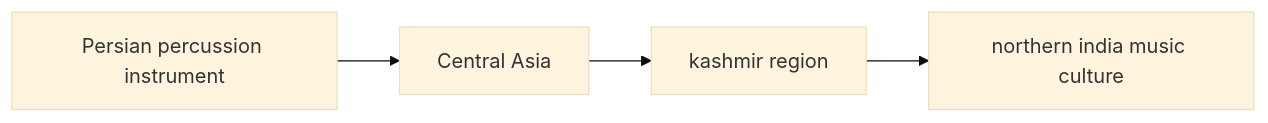
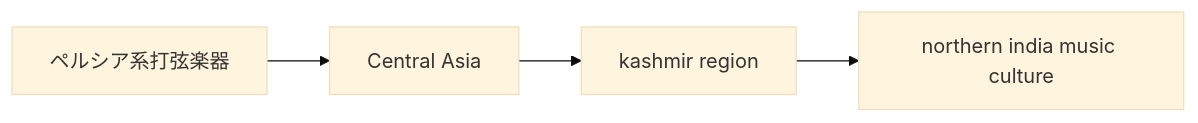
Before and after one commit to monumental-movement/monumental-movement.github.io: the first of 2 diagrams in en/_posts/2026-02-06-column-indian-classical-santoor.md, drawn with Mermaid (base theme). The commit also changed other lines of this file and 445 other files, not shown here.

```diff
--- a/en/_posts/2026-02-06-column-indian-classical-santoor.md
+++ b/en/_posts/2026-02-06-column-indian-classical-santoor.md
@@ -51,6 +51,6 @@
 <div class="mermaid">
 flowchart LR
-A[Persian percussion instrument] --> B[Central Asia]
+A[ペルシア系打弦楽器] --> B[Central Asia]
 B --> C[kashmir region]
 C --> D[northern india music culture]
 </div>
```
